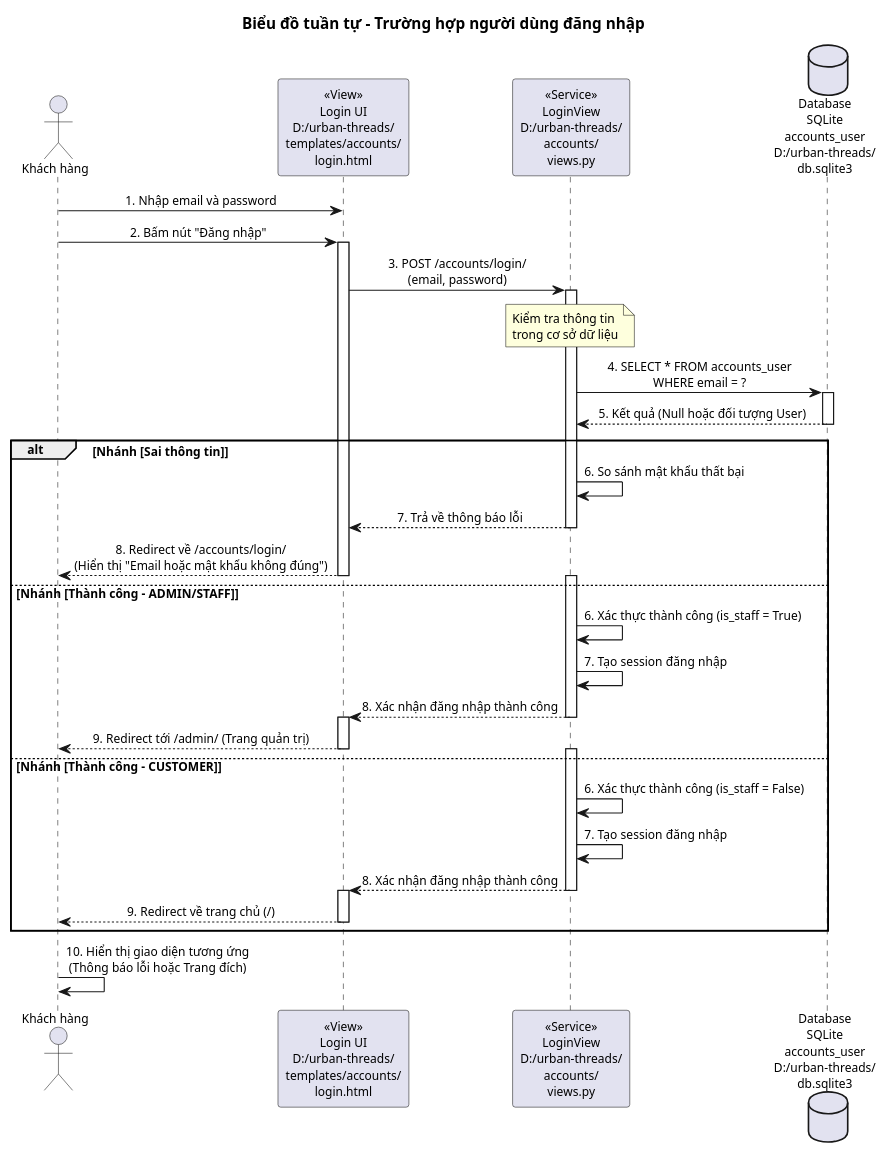
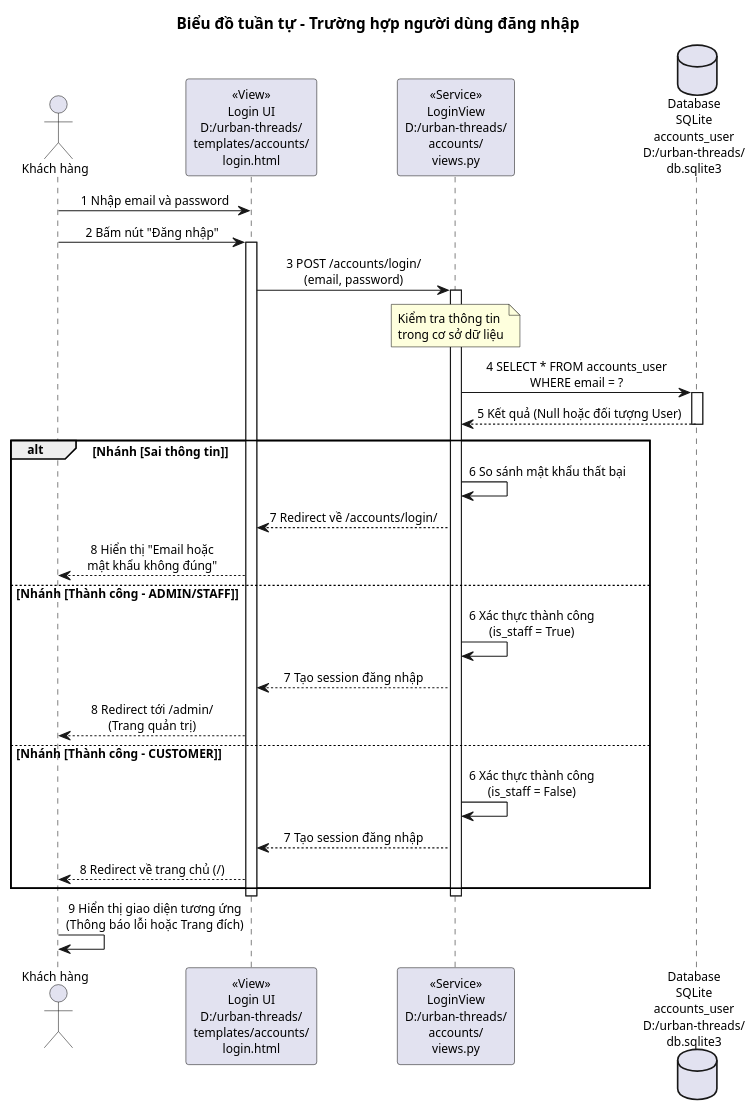
One commit to HNKILLNET404/lehainam_24ct1_cnpm changed the diagram in use_cases/sequence_dang_nhap.puml. Above: the diagram before and after it, drawn with PlantUML. The commit also changed 3 other files, not shown here.

```diff
--- a/use_cases/sequence_dang_nhap.puml
+++ b/use_cases/sequence_dang_nhap.puml
@@ -1,58 +1,48 @@
 @startuml
 skinparam shadowing false
 skinparam defaultFontName Arial
 skinparam defaultFontSize 11
 skinparam sequenceMessageAlign center
 
 title Biểu đồ tuần tự - Trường hợp người dùng đăng nhập
 
 actor "Khách hàng" as User
 
 participant "«View»\nLogin UI\nD:/urban-threads/\ntemplates/accounts/\nlogin.html" as UI
 
 participant "«Service»\nLoginView\nD:/urban-threads/\naccounts/\nviews.py" as BE
 
 database "Database\nSQLite\naccounts_user\nD:/urban-threads/\ndb.sqlite3" as DB
 
-User -> UI : 1. Nhập email và password
-User -> UI : 2. Bấm nút "Đăng nhập"
+User -> UI : 1 Nhập email và password
+User -> UI : 2 Bấm nút "Đăng nhập"
 activate UI
-UI -> BE : 3. POST /accounts/login/\n(email, password)
+UI -> BE : 3 POST /accounts/login/\n(email, password)
 activate BE
 
 note over BE : Kiểm tra thông tin\ntrong cơ sở dữ liệu
 
-BE -> DB : 4. SELECT * FROM accounts_user\nWHERE email = ?
+BE -> DB : 4 SELECT * FROM accounts_user\nWHERE email = ?
 activate DB
-DB --> BE : 5. Kết quả (Null hoặc đối tượng User)
+DB --> BE : 5 Kết quả (Null hoặc đối tượng User)
 deactivate DB
 
 alt Nhánh [Sai thông tin]
-    BE -> BE : 6. So sánh mật khẩu thất bại
-    BE --> UI : 7. Trả về thông báo lỗi
-    deactivate BE
-    UI --> User : 8. Redirect về /accounts/login/\n(Hiển thị "Email hoặc mật khẩu không đúng")
-    deactivate UI
+    BE -> BE : 6 So sánh mật khẩu thất bại
+    BE --> UI : 7 Redirect về /accounts/login/
+    UI --> User : 8 Hiển thị "Email hoặc\nmật khẩu không đúng"
 else Nhánh [Thành công - ADMIN/STAFF]
-    activate BE
-    BE -> BE : 6. Xác thực thành công (is_staff = True)
-    BE -> BE : 7. Tạo session đăng nhập
-    BE --> UI : 8. Xác nhận đăng nhập thành công
-    deactivate BE
-    activate UI
-    UI --> User : 9. Redirect tới /admin/ (Trang quản trị)
-    deactivate UI
+    BE -> BE : 6 Xác thực thành công\n(is_staff = True)
+    BE --> UI : 7 Tạo session đăng nhập
+    UI --> User : 8 Redirect tới /admin/\n(Trang quản trị)
 else Nhánh [Thành công - CUSTOMER]
-    activate BE
-    BE -> BE : 6. Xác thực thành công (is_staff = False)
-    BE -> BE : 7. Tạo session đăng nhập
-    BE --> UI : 8. Xác nhận đăng nhập thành công
-    deactivate BE
-    activate UI
-    UI --> User : 9. Redirect về trang chủ (/)
-    deactivate UI
+    BE -> BE : 6 Xác thực thành công\n(is_staff = False)
+    BE --> UI : 7 Tạo session đăng nhập
+    UI --> User : 8 Redirect về trang chủ (/)
 end
+deactivate BE
+deactivate UI
 
-User -> User : 10. Hiển thị giao diện tương ứng\n(Thông báo lỗi hoặc Trang đích)
+User -> User : 9 Hiển thị giao diện tương ứng\n(Thông báo lỗi hoặc Trang đích)
 
 @enduml
```
